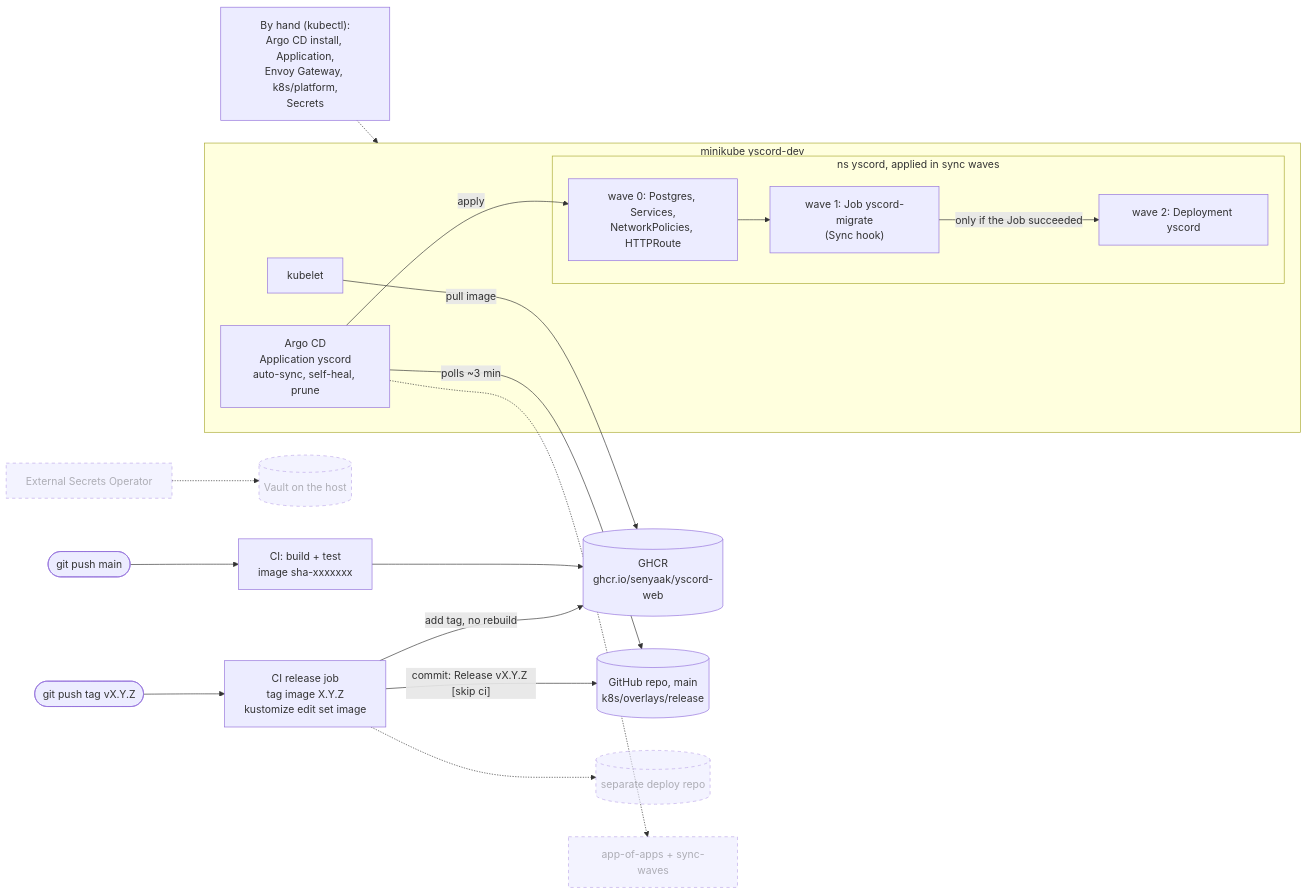
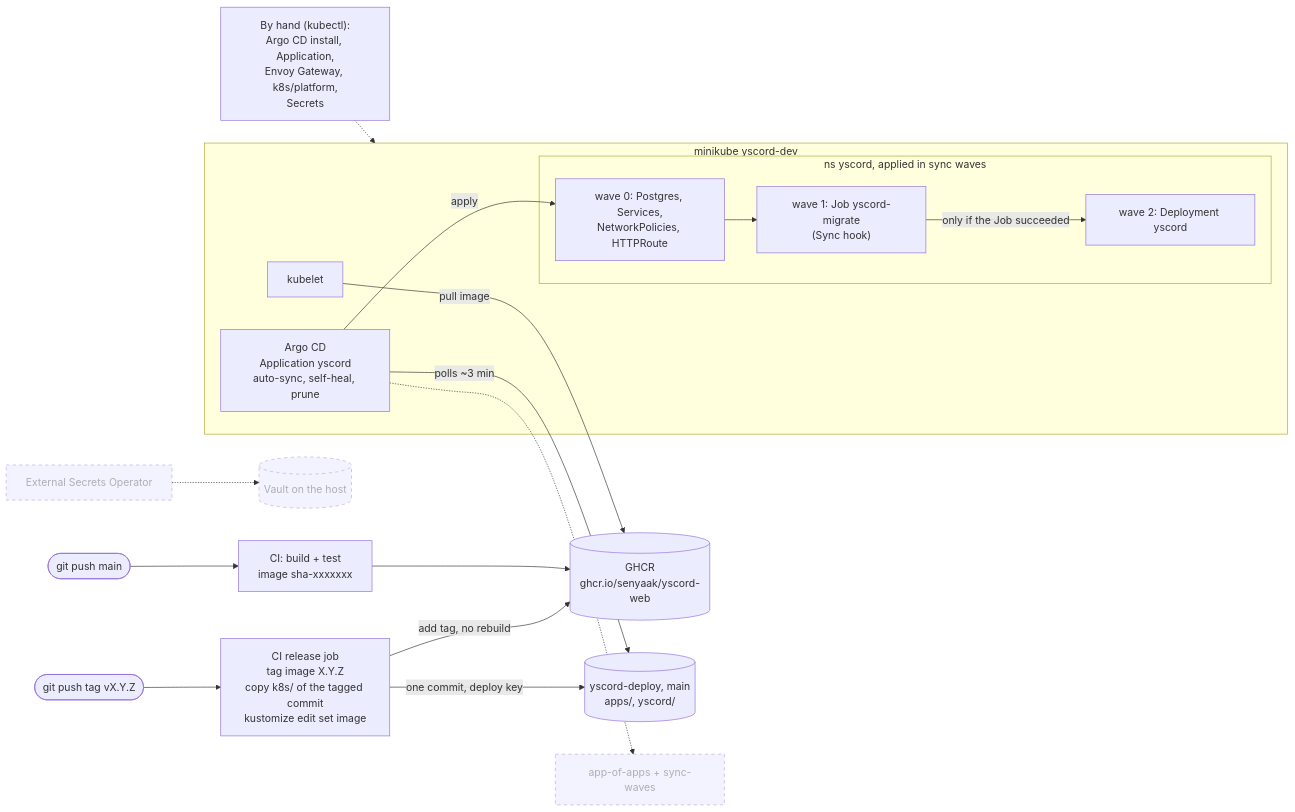
Before and after one commit to senyaak/yscord-web: the second of 2 diagrams in docs/architecture.md, drawn with Mermaid. The commit also changed 4 other files, not shown here.

First line of the commit message:
Release to the yscord-deploy repo instead of committing to main

````diff
--- a/docs/architecture.md
+++ b/docs/architecture.md
@@ -50,37 +50,35 @@
 ```mermaid
 flowchart LR
     push(["git push main"]) --> build["CI: build + test<br/>image sha-xxxxxxx"]
     build --> ghcr[("GHCR<br/>ghcr.io/senyaak/yscord-web")]
 
-    tag(["git push tag vX.Y.Z"]) --> release["CI release job<br/>tag image X.Y.Z<br/>kustomize edit set image"]
+    tag(["git push tag vX.Y.Z"]) --> release["CI release job<br/>tag image X.Y.Z<br/>copy k8s/ of the tagged commit<br/>kustomize edit set image"]
     release -- "add tag, no rebuild" --> ghcr
-    release -- "commit: Release vX.Y.Z [skip ci]" --> repo[("GitHub repo, main<br/>k8s/overlays/release")]
+    release -- "one commit, deploy key" --> repo[("yscord-deploy, main<br/>apps/, yscord/")]
 
     subgraph cluster["minikube yscord-dev"]
         argo["Argo CD<br/>Application yscord<br/>auto-sync, self-heal, prune"]
         subgraph waves["ns yscord, applied in sync waves"]
             w0["wave 0: Postgres, Services,<br/>NetworkPolicies, HTTPRoute"]
             w1["wave 1: Job yscord-migrate<br/>(Sync hook)"]
             w2["wave 2: Deployment yscord"]
             w0 --> w1 -- "only if the Job succeeded" --> w2
         end
         kubelet["kubelet"]
     end
 
     argo -- "polls ~3 min" --> repo
     argo -- "apply" --> w0
     kubelet -- "pull image" --> ghcr
 
     hand["By hand (kubectl):<br/>Argo CD install, Application,<br/>Envoy Gateway, k8s/platform,<br/>Secrets"] -.-> cluster
 
-    deployrepo[("separate deploy repo")]:::planned
     appofapps["app-of-apps + sync-waves"]:::planned
     vault[("Vault on the host")]:::planned
     eso["External Secrets Operator"]:::planned
 
-    release -.-> deployrepo
     argo -.-> appofapps
     eso -.-> vault
 
     classDef planned stroke-dasharray: 5 5,opacity:0.6
 ```
````
